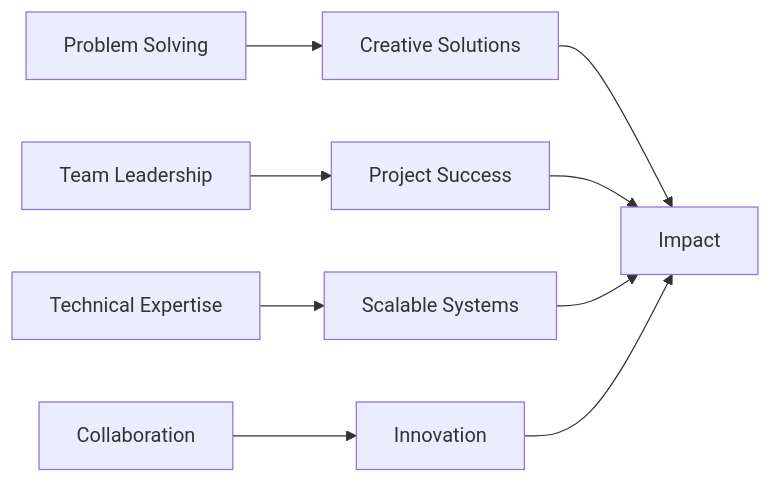
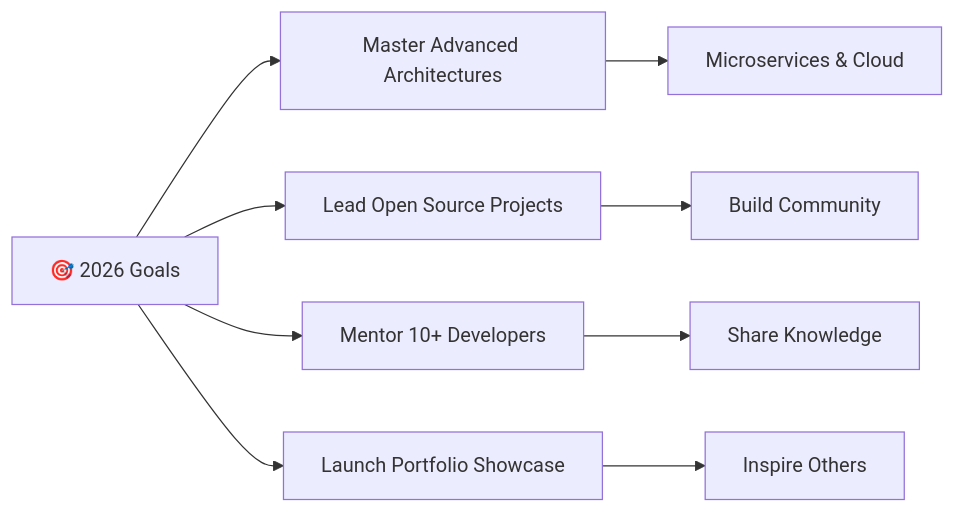
One commit to kevinshah0123-ops/kevinshah0123-ops changed the first of 2 diagrams in README.md. Above: the diagram before and after it, drawn with Mermaid. The commit also changed other lines of this file, not shown here.

````diff
--- a/README.md
+++ b/README.md
@@ -92,11 +69,11 @@
 ```mermaid
 graph LR
-    A[Problem Solving] --> B[Creative Solutions]
-    C[Team Leadership] --> D[Project Success]
-    E[Technical Expertise] --> F[Scalable Systems]
-    G[Collaboration] --> H[Innovation]
-    B --> I[Impact]
-    D --> I
-    F --> I
-    H --> I
+    A[🎯 2026 Goals] --> B[Master Advanced Architectures]
+    A --> C[Lead Open Source Projects]
+    A --> D[Mentor 10+ Developers]
+    A --> E[Launch Portfolio Showcase]
+    B --> F[Microservices & Cloud]
+    C --> G[Build Community]
+    D --> H[Share Knowledge]
+    E --> I[Inspire Others]
 ```
````
